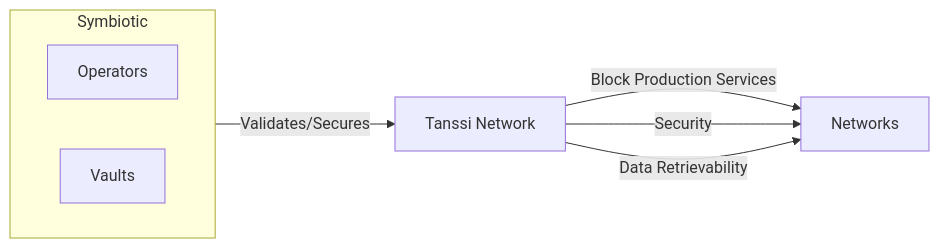
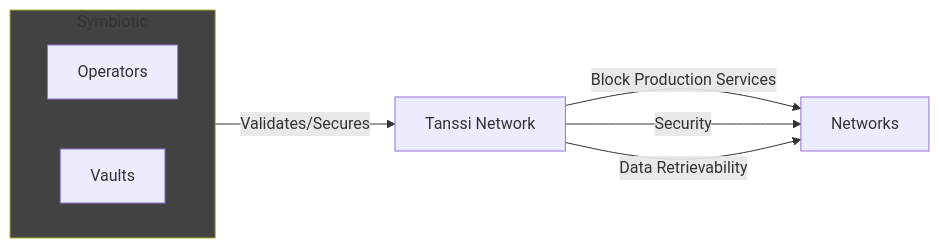
The second of 2 diagrams in learn/tanssi/external-security-providers/symbiotic.md (moondance-labs/tanssi-docs), drawn with Mermaid before and after one commit. The commit also changed other lines of this file, not shown here.

Commit message:
adjust diagrams

````diff
--- a/learn/tanssi/external-security-providers/symbiotic.md
+++ b/learn/tanssi/external-security-providers/symbiotic.md
@@ -102,12 +109,15 @@
 ```mermaid
 flowchart LR
     subgraph Symbiotic
         direction LR
         Operators
         Vaults
     end
     Symbiotic  -- Validates/Secures --> tanssi["Tanssi Network"]
     tanssi -- Block Production Services--> Networks
     tanssi -- Security--> Networks
     tanssi -- Data Retrievability--> Networks
+
+    classDef container fill:#424242
+    class Symbiotic container
 ```
````
